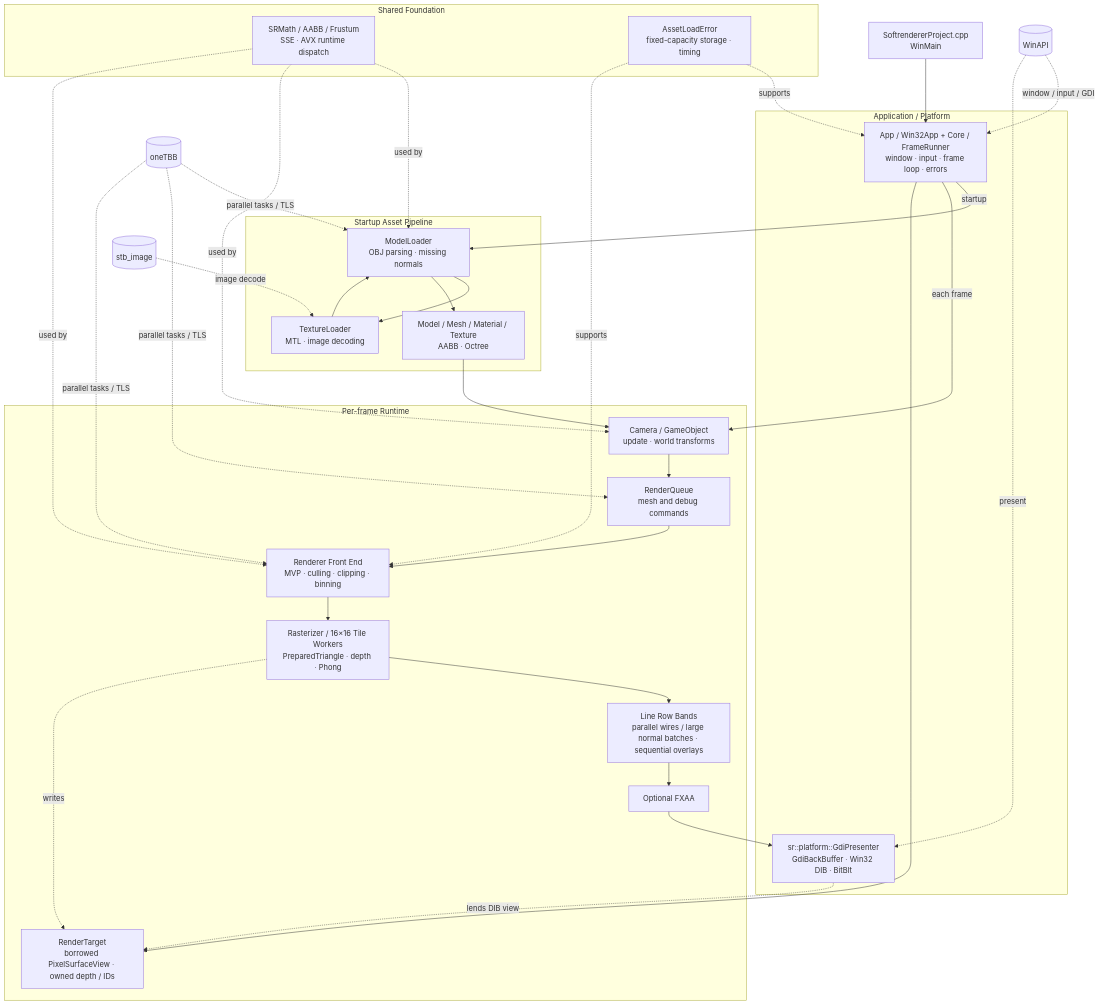
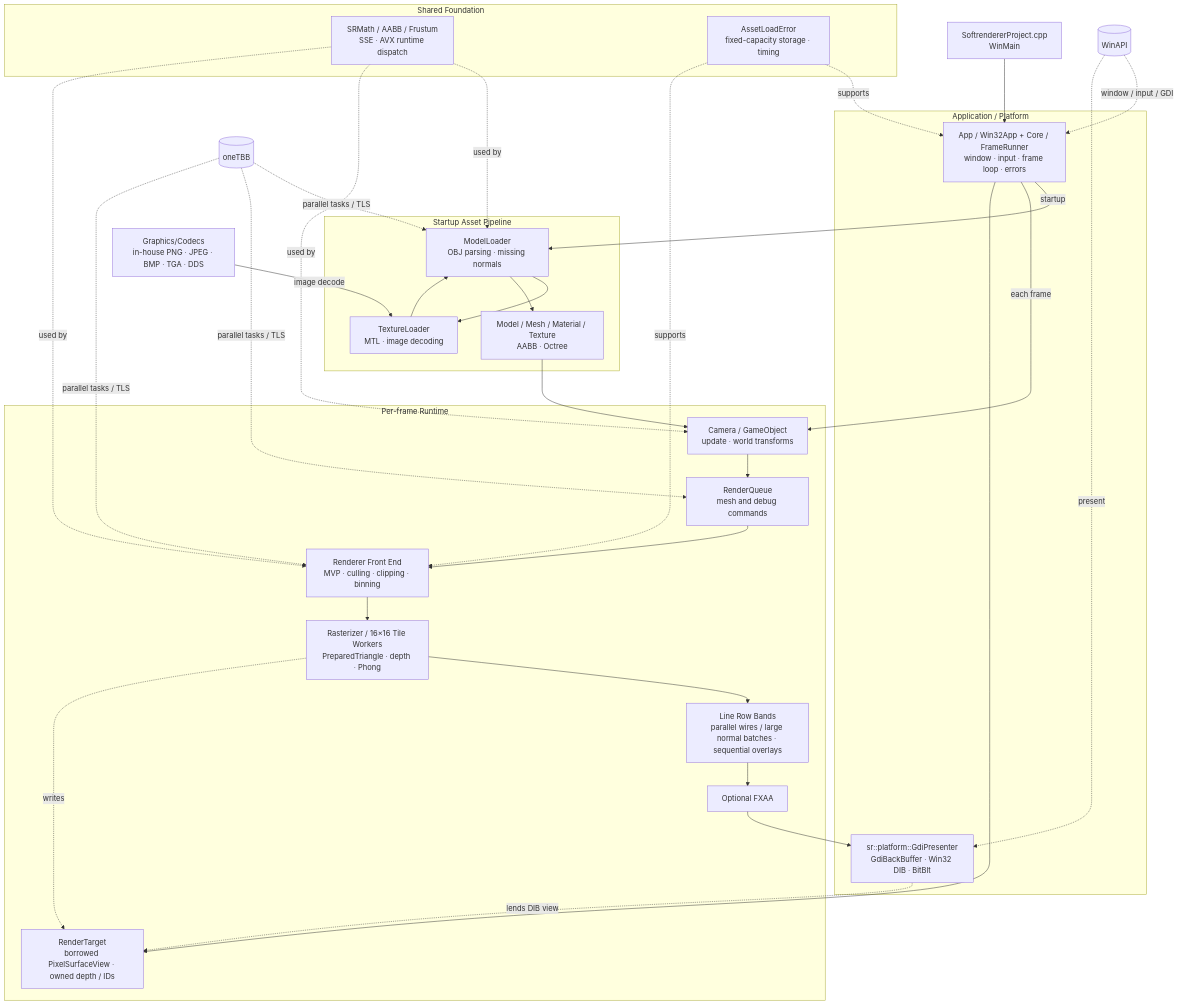
Before and after one commit to namsy8471/SoftwareRendererProject: the first of 2 diagrams in ARCHITECTURE.md, drawn with Mermaid. The commit also changed other lines of this file and 14 other files, not shown here.

First line of the commit message:
Remove vendored stb_image now that the in-house decoders match it

````diff
--- a/ARCHITECTURE.md
+++ b/ARCHITECTURE.md
@@ -11,54 +11,54 @@
 ```mermaid
 flowchart TB
     Entry["SoftrendererProject.cpp<br/>WinMain"]
 
     subgraph Application["Application / Platform"]
         Framework["App / Win32App + Core / FrameRunner<br/>window · input · frame loop · errors"]
         GDI["sr::platform::GdiPresenter<br/>GdiBackBuffer · Win32 DIB · BitBlt"]
     end
 
     subgraph Content["Startup Asset Pipeline"]
         Loader["ModelLoader<br/>OBJ parsing · missing normals"]
         TextureLoader["TextureLoader<br/>MTL · image decoding"]
         Model["Model / Mesh / Material / Texture<br/>AABB · Octree"]
     end
 
     subgraph Runtime["Per-frame Runtime"]
         Scene["Camera / GameObject<br/>update · world transforms"]
         Queue["RenderQueue<br/>mesh and debug commands"]
         Renderer["Renderer Front End<br/>MVP · culling · clipping · binning"]
         Tiles["Rasterizer / 16×16 Tile Workers<br/>PreparedTriangle · depth · Phong"]
         Target["RenderTarget<br/>borrowed PixelSurfaceView · owned depth / IDs"]
         Lines["Line Row Bands<br/>parallel wires / large normal batches · sequential overlays"]
         FXAA["Optional FXAA"]
     end
 
     subgraph Foundation["Shared Foundation"]
         Math["SRMath / AABB / Frustum<br/>SSE · AVX runtime dispatch"]
         Utils["AssetLoadError<br/>fixed-capacity storage · timing"]
     end
 
     Entry --> Framework
     Framework -->|startup| Loader
     Loader --> TextureLoader
     TextureLoader --> Loader
     Loader --> Model
     Model --> Scene
     Framework -->|each frame| Scene
     Scene --> Queue --> Renderer --> Tiles --> Lines --> FXAA --> GDI
     Framework --> Target
     Tiles -. writes .-> Target
     GDI -. lends DIB view .-> Target
     Math -. used by .-> Loader
     Math -. used by .-> Scene
     Math -. used by .-> Renderer
     Utils -. supports .-> Framework
     Utils -. supports .-> Renderer
 
     oneTBB[(oneTBB)] -. parallel tasks / TLS .-> Loader
     oneTBB -. parallel tasks / TLS .-> Queue
     oneTBB -. parallel tasks / TLS .-> Renderer
-    stb[(stb_image)] -. image decode .-> TextureLoader
+    Codecs["Graphics/Codecs<br/>in-house PNG · JPEG · BMP · TGA · DDS"] -->|image decode| TextureLoader
     WinAPI[(WinAPI)] -. window / input / GDI .-> Framework
     WinAPI -. present .-> GDI
 ```
````
